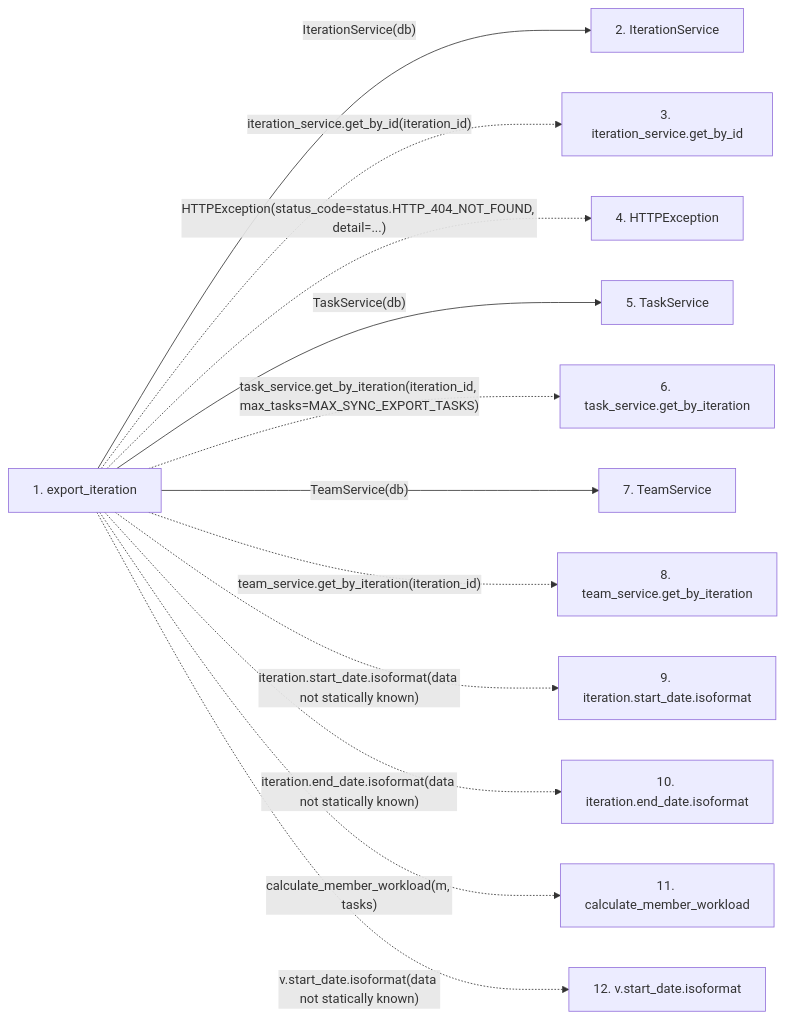
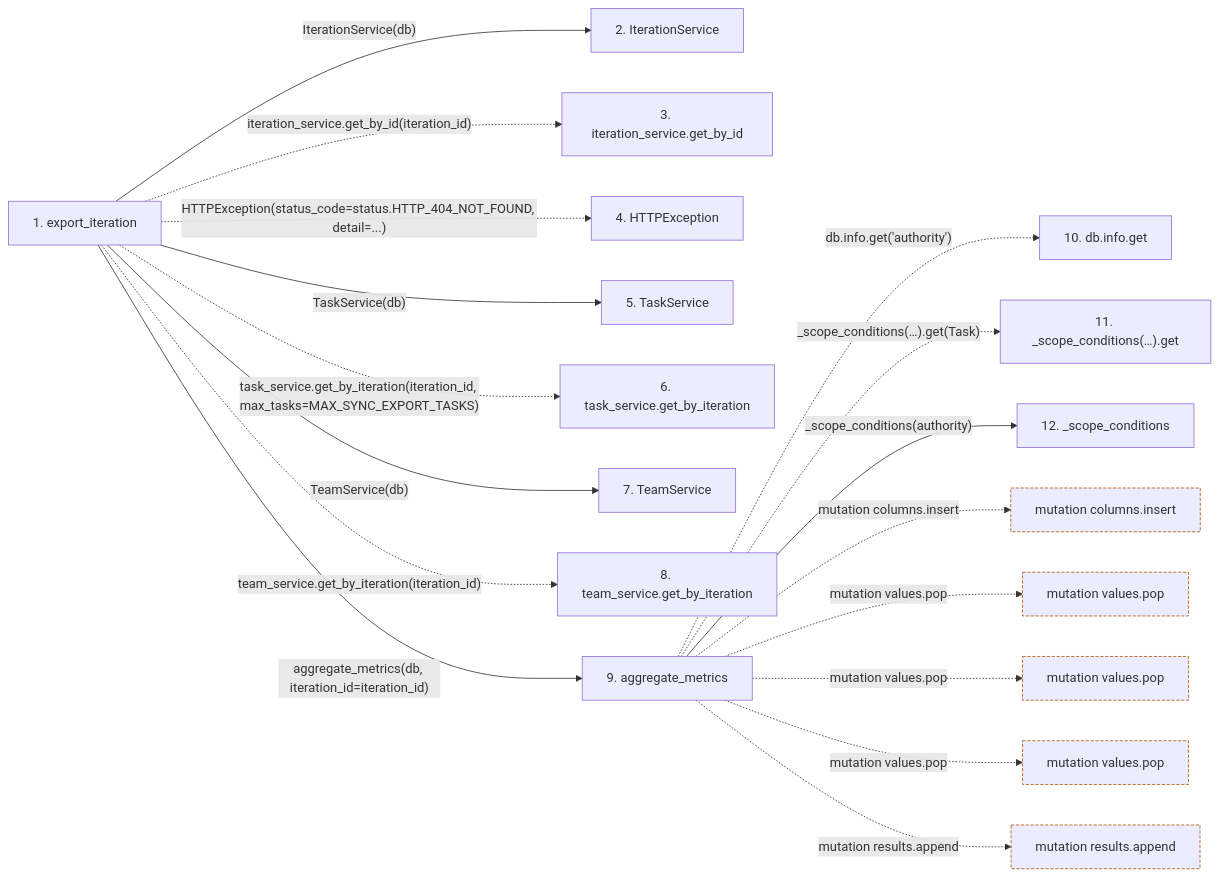
One commit to Denissvgn/WorkChord changed the second of 2 diagrams in docs/llm_wiki/flows/http-export_iteration.md. Above: the diagram before and after it, drawn with Mermaid. The commit also changed other lines of this file and 958 other files, not shown here.

First line of the commit message:
docs(wiki): refresh identity and recovery architecture

````diff
--- a/docs/llm_wiki/flows/http-export_iteration.md
+++ b/docs/llm_wiki/flows/http-export_iteration.md
@@ -65,30 +87,48 @@
 ```mermaid
 flowchart LR
     s1["1. export_iteration"]
     s2["2. IterationService"]
     s3["3. iteration_service.get_by_id"]
     s4["4. HTTPException"]
     s5["5. TaskService"]
     s6["6. task_service.get_by_iteration"]
     s7["7. TeamService"]
     s8["8. team_service.get_by_iteration"]
-    s9["9. iteration.start_date.isoformat"]
-    s10["10. iteration.end_date.isoformat"]
-    s11["11. calculate_member_workload"]
-    s12["12. v.start_date.isoformat"]
+    s9["9. aggregate_metrics"]
+    s10["10. db.info.get"]
+    s11["11. _scope_conditions(…).get"]
+    s12["12. _scope_conditions"]
     s1 -->|"IterationService(db)"| s2
     s1 -. "iteration_service.get_by_id(iteration_id)" .-> s3
     s1 -. "HTTPException(status_code=status.HTTP_404_NOT_FOUND, detail=...)" .-> s4
     s1 -->|"TaskService(db)"| s5
     s1 -. "task_service.get_by_iteration(iteration_id, max_tasks=MAX_SYNC_EXPORT_TASKS)" .-> s6
     s1 -->|"TeamService(db)"| s7
     s1 -. "team_service.get_by_iteration(iteration_id)" .-> s8
-    s1 -. "iteration.start_date.isoformat(data not statically known)" .-> s9
-    s1 -. "iteration.end_date.isoformat(data not statically known)" .-> s10
-    s1 -. "calculate_member_workload(m, tasks)" .-> s11
-    s1 -. "v.start_date.isoformat(data not statically known)" .-> s12
+    s1 -->|"aggregate_metrics(db, iteration_id=iteration_id)"| s9
+    s9 -. "db.info.get('authority')" .-> s10
+    s9 -. "_scope_conditions(…).get(Task)" .-> s11
+    s9 -->|"_scope_conditions(authority)"| s12
+    b0["mutation columns.insert"]
+    s9 -. "mutation columns.insert" .-> b0
+    b1["mutation values.pop"]
+    s9 -. "mutation values.pop" .-> b1
+    b2["mutation values.pop"]
+    s9 -. "mutation values.pop" .-> b2
+    b3["mutation values.pop"]
+    s9 -. "mutation values.pop" .-> b3
+    b4["mutation results.append"]
+    s9 -. "mutation results.append" .-> b4
     click s1 "../modules/export.md"
     click s2 "../modules/iteration_service.md"
     click s5 "../modules/task_service.md"
     click s7 "../modules/team_service.md"
+    click s9 "../modules/services_work_metrics.md"
+    click s12 "../modules/authority.md"
+    classDef boundary stroke:#b45309,stroke-dasharray: 4 2
+    class b0 boundary
+    class b1 boundary
+    class b2 boundary
+    class b3 boundary
+    class b4 boundary
 ```
````
